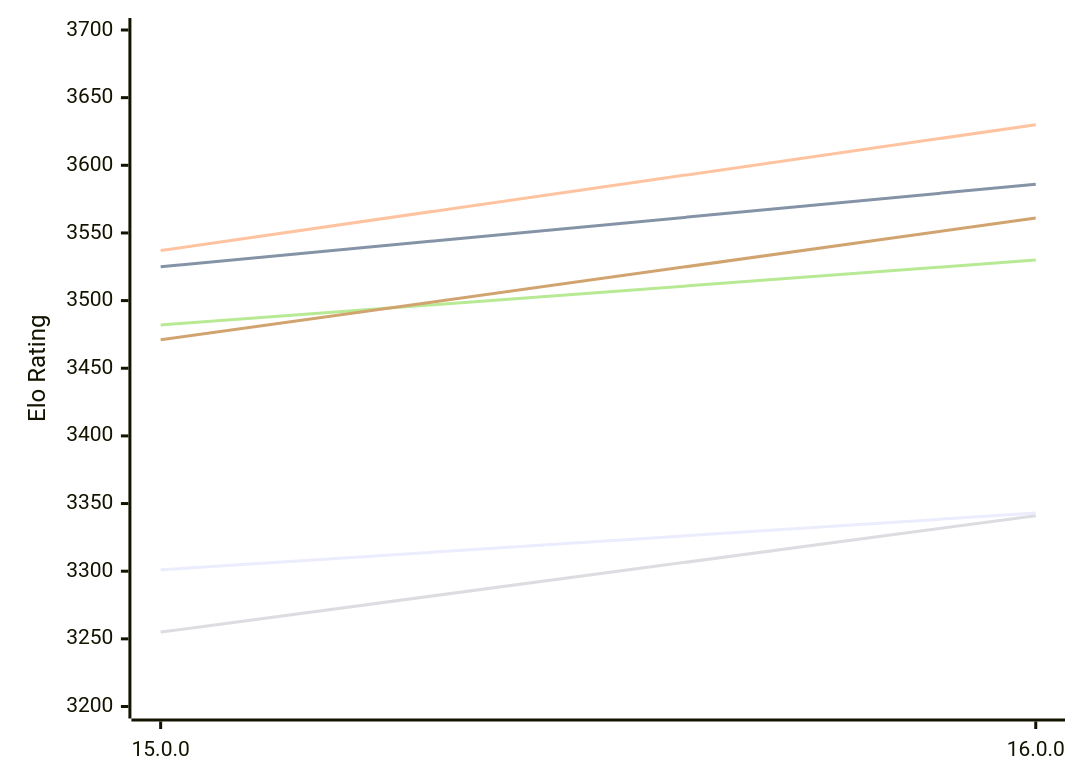
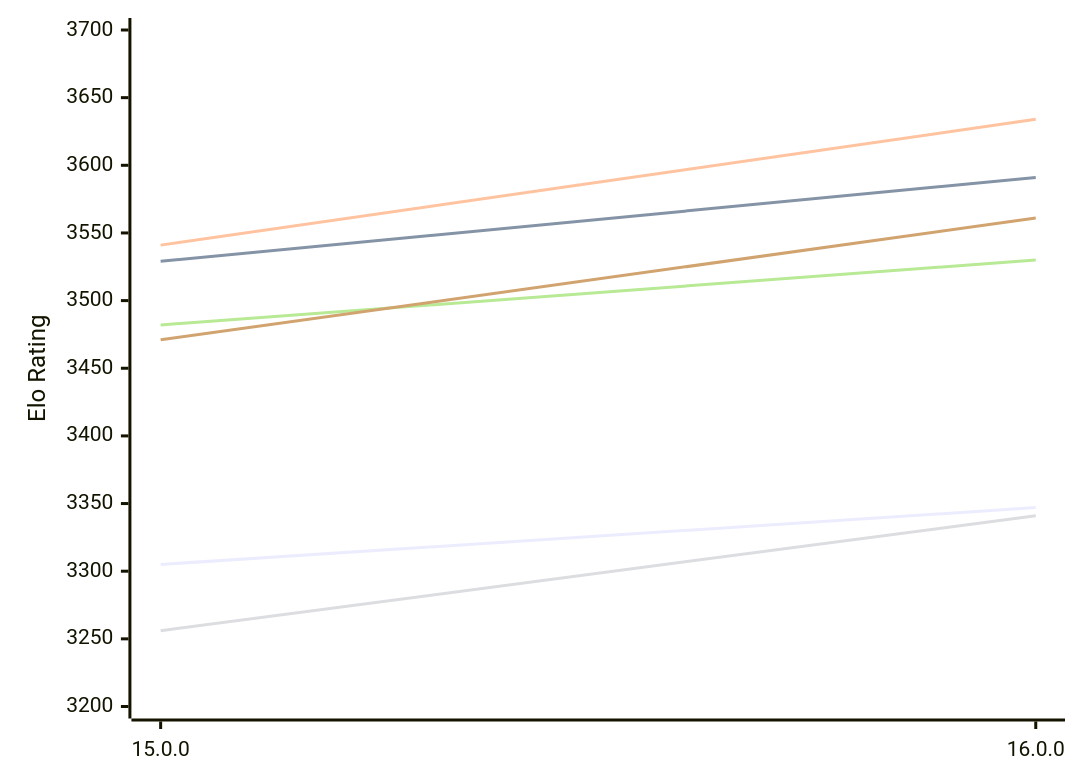
The first of 2 diagrams in engines/Halogen.md (computer-chess-index/cci), drawn with Mermaid before and after one commit. The commit also changed other lines of this file, not shown here.

Commit message:
Update CCI Ratings (ELO VLTC) - 2026-11-22

````diff
--- a/engines/Halogen.md
+++ b/engines/Halogen.md
@@ -50,12 +50,12 @@
 ```mermaid
 %%{init: {"theme":"base","themeVariables":{"seriesColors:['#a3a3a3','#222221','#faa371']}}}%%
 xychart-beta
   x-axis ["15.0.0", "16.0.0"]
   y-axis "Elo Rating" 3200 --> 3700
-  line "E1: STC (8.0+0.08s)" [3301, 3343]
-  line "E1: LTC (60.0+0.60s)" [3525, 3586]
-  line "E1: VLTC (2m24s+1.12s)" [3537, 3630]
-  line "P1: STC (8.0+0.08s)" [3255, 3341]
+  line "E1: STC (8.0+0.08s)" [3305, 3347]
+  line "E1: LTC (60.0+0.60s)" [3529, 3591]
+  line "E1: VLTC (2m24s+1.12s)" [3541, 3634]
+  line "P1: STC (8.0+0.08s)" [3256, 3341]
   line "P1: LTC (60.0+0.60s)" [3482, 3530]
   line "P1: VLTC (2m24s+1.12s)" [3471, 3561]
 ```
````
